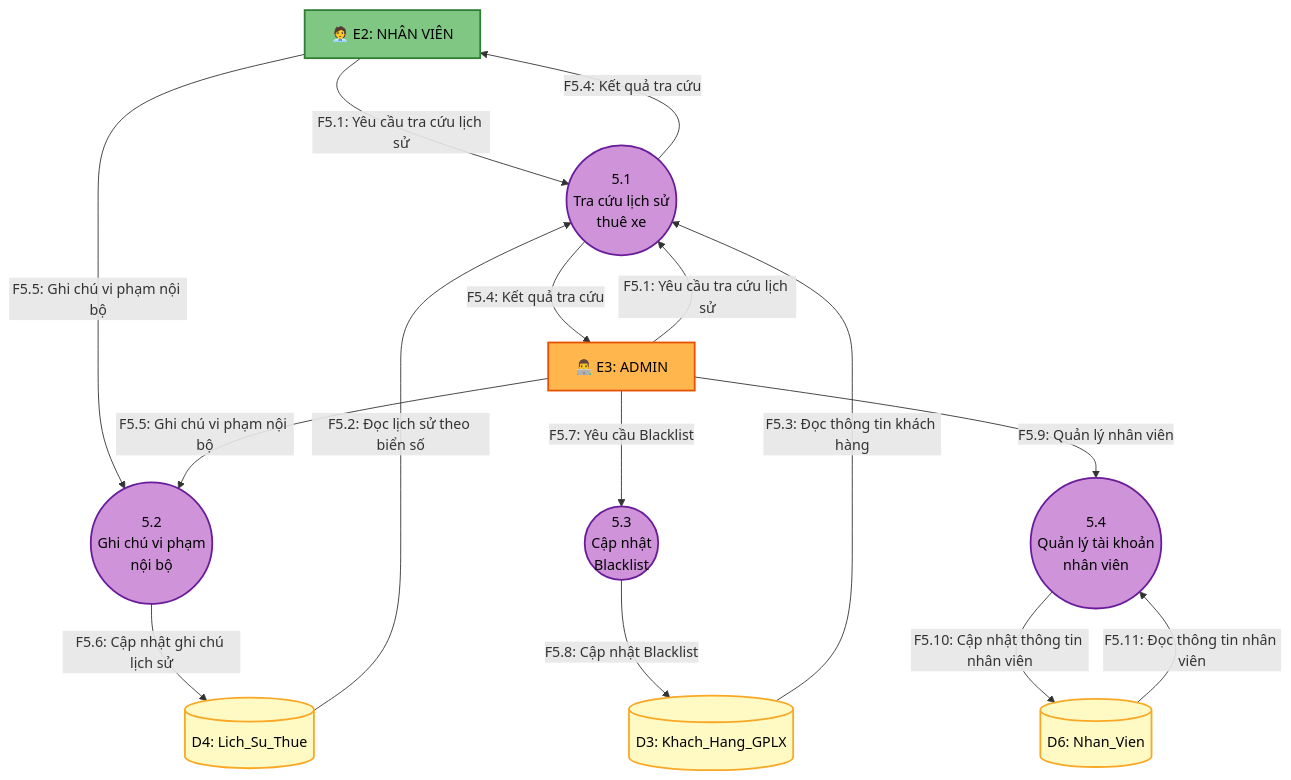
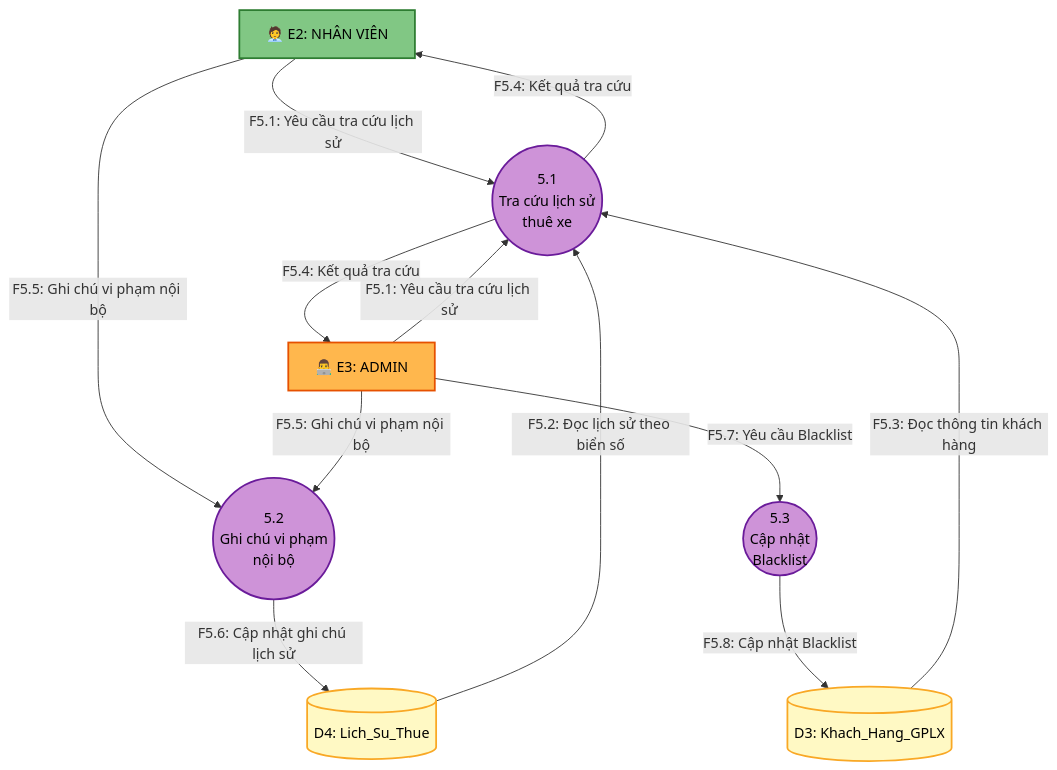
Before and after one commit to Vqd2k6/SAD-UTH: the seventh of 8 diagrams in docs/dfd-diagrams.md, drawn with Mermaid. The commit also changed other lines of this file and 1 other file, not shown here.

````diff
--- a/docs/dfd-diagrams.md
+++ b/docs/dfd-diagrams.md
@@ -695,47 +696,39 @@
 ```mermaid
 graph TB
     %% === ACTORS ===
     E2["🧑‍💼 E2: NHÂN VIÊN"]
     E3["👨‍💻 E3: ADMIN"]
 
     %% === DATA STORES ===
     D3[("D3: Khach_Hang_GPLX")]
     D4[("D4: Lich_Su_Thue")]
-    D6[("D6: Nhan_Vien")]
 
     %% === SUB-PROCESSES ===
     P51(("5.1\nTra cứu lịch sử\nthuê xe"))
     P52(("5.2\nGhi chú vi phạm\nnội bộ"))
     P53(("5.3\nCập nhật\nBlacklist"))
-    P54(("5.4\nQuản lý tài khoản\nnhân viên"))
 
     %% === FLOWS ===
     E2 -->|"F5.1: Yêu cầu tra cứu lịch sử"| P51
     E3 -->|"F5.1: Yêu cầu tra cứu lịch sử"| P51
     D4 -->|"F5.2: Đọc lịch sử theo biển số"| P51
     D3 -->|"F5.3: Đọc thông tin khách hàng"| P51
     P51 -->|"F5.4: Kết quả tra cứu"| E2
     P51 -->|"F5.4: Kết quả tra cứu"| E3
 
     E2 -->|"F5.5: Ghi chú vi phạm nội bộ"| P52
     E3 -->|"F5.5: Ghi chú vi phạm nội bộ"| P52
     P52 -->|"F5.6: Cập nhật ghi chú lịch sử"| D4
 
     E3 -->|"F5.7: Yêu cầu Blacklist"| P53
     P53 -->|"F5.8: Cập nhật Blacklist"| D3
 
-    E3 -->|"F5.9: Quản lý nhân viên"| P54
-    P54 -->|"F5.10: Cập nhật thông tin nhân viên"| D6
-    D6 -->|"F5.11: Đọc thông tin nhân viên"| P54
-
     %% === STYLES ===
     style E2 fill:#81C784,stroke:#2E7D32,color:#000,stroke-width:2px
     style E3 fill:#FFB74D,stroke:#E65100,color:#000,stroke-width:2px
     style P51 fill:#CE93D8,stroke:#6A1B9A,color:#000,stroke-width:2px
     style P52 fill:#CE93D8,stroke:#6A1B9A,color:#000,stroke-width:2px
     style P53 fill:#CE93D8,stroke:#6A1B9A,color:#000,stroke-width:2px
-    style P54 fill:#CE93D8,stroke:#6A1B9A,color:#000,stroke-width:2px
     style D3 fill:#FFF9C4,stroke:#F9A825,color:#000,stroke-width:2px
     style D4 fill:#FFF9C4,stroke:#F9A825,color:#000,stroke-width:2px
-    style D6 fill:#FFF9C4,stroke:#F9A825,color:#000,stroke-width:2px
 ```
````
